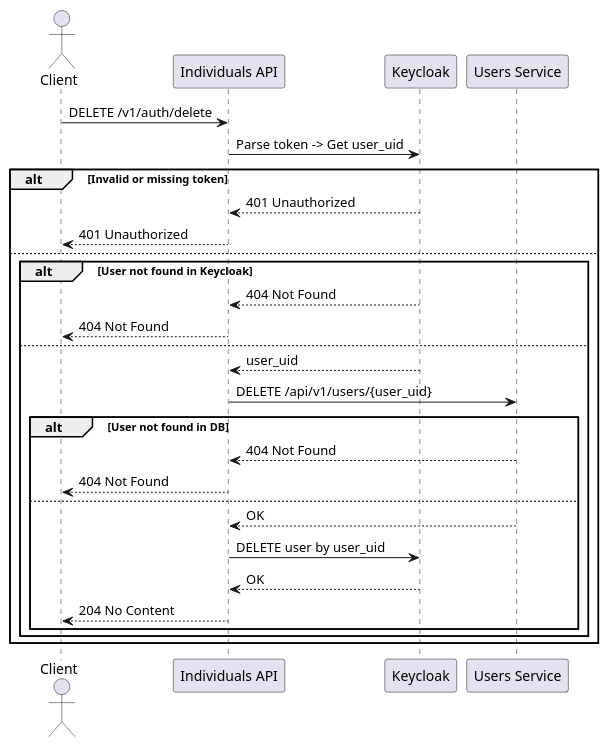
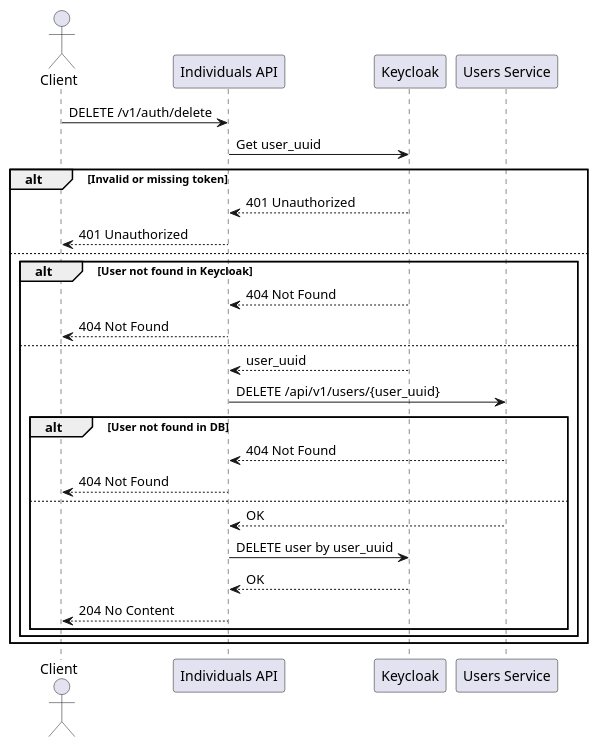
One commit to Anya1107/payment-system changed the fifth of 5 diagrams in user-service/README.MD. Above: the diagram before and after it, drawn with PlantUML. The commit also changed other lines of this file, not shown here.

Commit message:
fix sequence diagrams

````diff
--- a/user-service/README.MD
+++ b/user-service/README.MD
@@ -159,37 +159,37 @@
 ```plantuml
 @startuml
 actor Client
 participant "Individuals API" as API
 participant "Keycloak" as Keycloak
 participant "Users Service" as UsersService
 
 Client -> API: DELETE /v1/auth/delete
-API -> Keycloak: Parse token -> Get user_uid
+API -> Keycloak: Get user_uuid
 
 alt Invalid or missing token
     Keycloak --> API: 401 Unauthorized
     API --> Client: 401 Unauthorized
 else
     alt User not found in Keycloak
         Keycloak --> API: 404 Not Found
         API --> Client: 404 Not Found
     else
-        Keycloak --> API: user_uid
+        Keycloak --> API: user_uuid
 
-        API -> UsersService: DELETE /api/v1/users/{user_uid}
+        API -> UsersService: DELETE /api/v1/users/{user_uuid}
 
         alt User not found in DB
             UsersService --> API: 404 Not Found
             API --> Client: 404 Not Found
         else
             UsersService --> API: OK
 
-            API -> Keycloak: DELETE user by user_uid
+            API -> Keycloak: DELETE user by user_uuid
             Keycloak --> API: OK
 
             API --> Client: 204 No Content
         end
     end
 end
 @enduml
 ```
````
